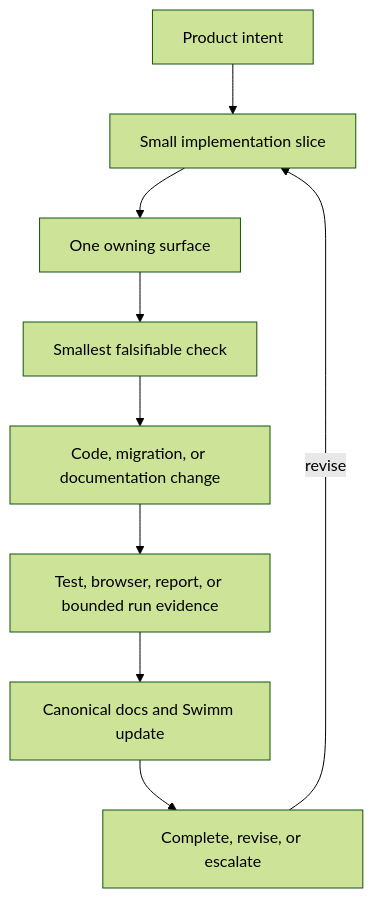
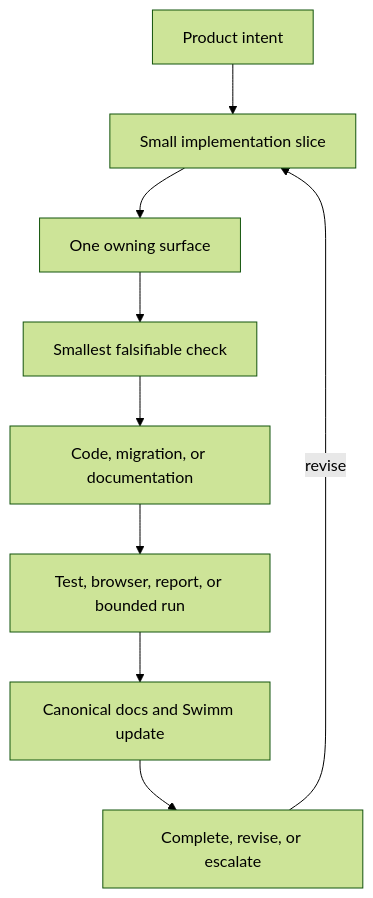
Before and after one commit to greystone-dan/LitIntelproject: the third of 3 diagrams in .swm/future-state.north-star.sw.md, drawn with Mermaid (forest theme). The commit also changed other lines of this file and 1 other file, not shown here.

````diff
--- a/.swm/future-state.north-star.sw.md
+++ b/.swm/future-state.north-star.sw.md
@@ -518,11 +340,11 @@
 ```mermaid
 flowchart TD
     INTENT[Product intent] --> SLICE[Small implementation slice]
     SLICE --> OWNER[One owning surface]
     OWNER --> CHECK[Smallest falsifiable check]
-    CHECK --> CHANGE[Code, migration, or documentation change]
-    CHANGE --> EVIDENCE[Test, browser, report, or bounded run evidence]
+    CHECK --> CHANGE[Code, migration, or documentation]
+    CHANGE --> EVIDENCE[Test, browser, report, or bounded run]
     EVIDENCE --> DOCS[Canonical docs and Swimm update]
     DOCS --> DECIDE[Complete, revise, or escalate]
     DECIDE -->|revise| SLICE
 ```
````
